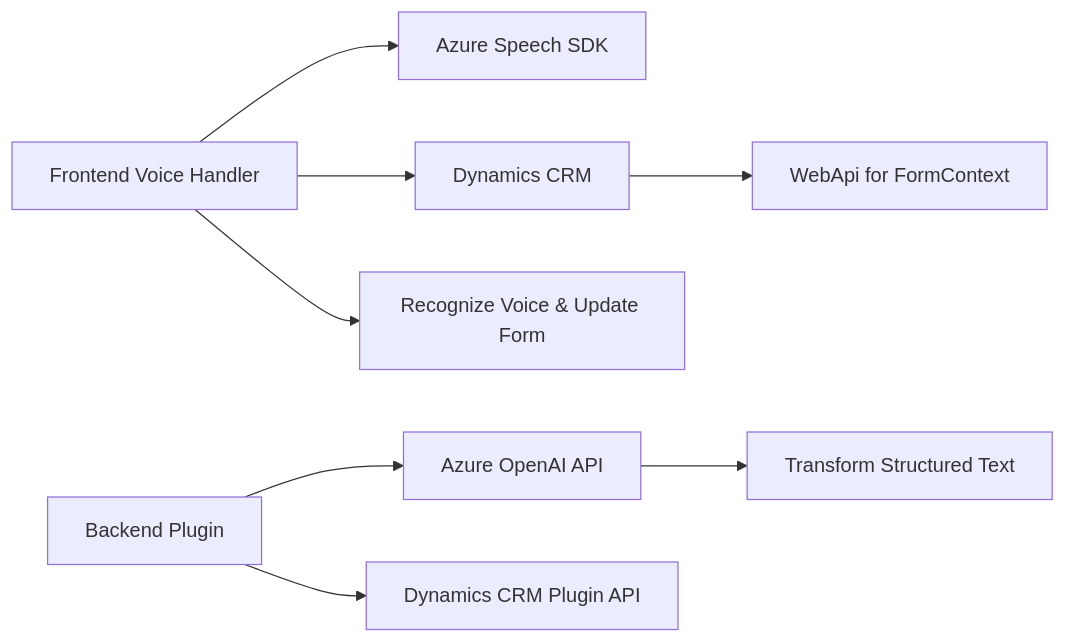
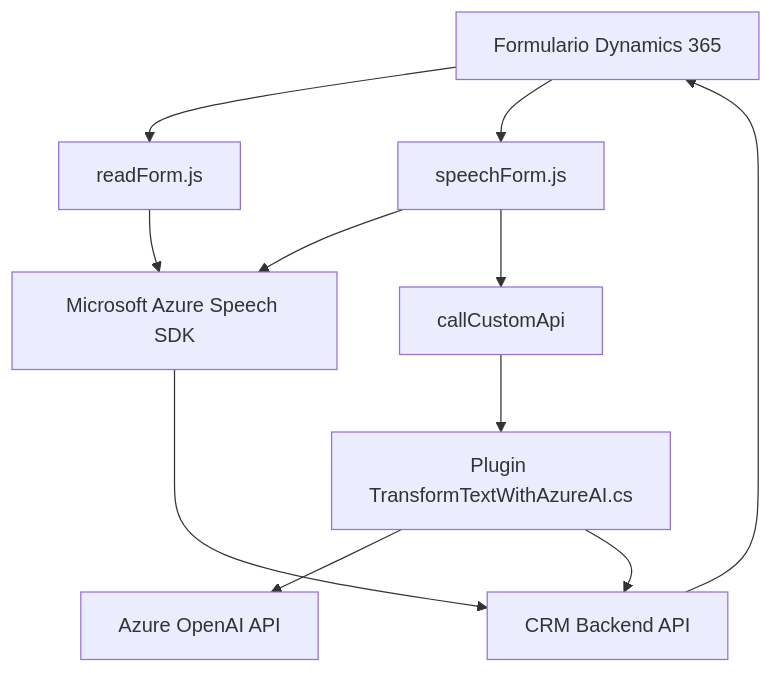
Before and after one commit to blopezdm/NETCORE_BILBAO2025: the diagram in README.md, drawn with Mermaid. The commit also changed other lines of this file, not shown here.

````diff
--- a/README.md
+++ b/README.md
@@ -41,10 +40,13 @@
 ```mermaid
-graph LR
-    A["Frontend Voice Handler"] --> B["Azure Speech SDK"]
-    A --> C["Dynamics CRM"]
-    C --> D["WebApi for FormContext"]
-    A --> E["Recognize Voice & Update Form"]
-    F["Backend Plugin"] --> G["Azure OpenAI API"]
-    G --> H["Transform Structured Text"]
-    F --> I["Dynamics CRM Plugin API"]
+graph TD
+    A["Formulario Dynamics 365"] --> B["readForm.js"]
+    A --> C["speechForm.js"]
+    B --> D["Microsoft Azure Speech SDK"]
+    C --> D
+    C --> E["callCustomApi"]
+    E --> F["Plugin TransformTextWithAzureAI.cs"]
+    F --> G["Azure OpenAI API"]
+    F --> H["CRM Backend API"]
+    D --> H
+    H --> A
 ```
````
